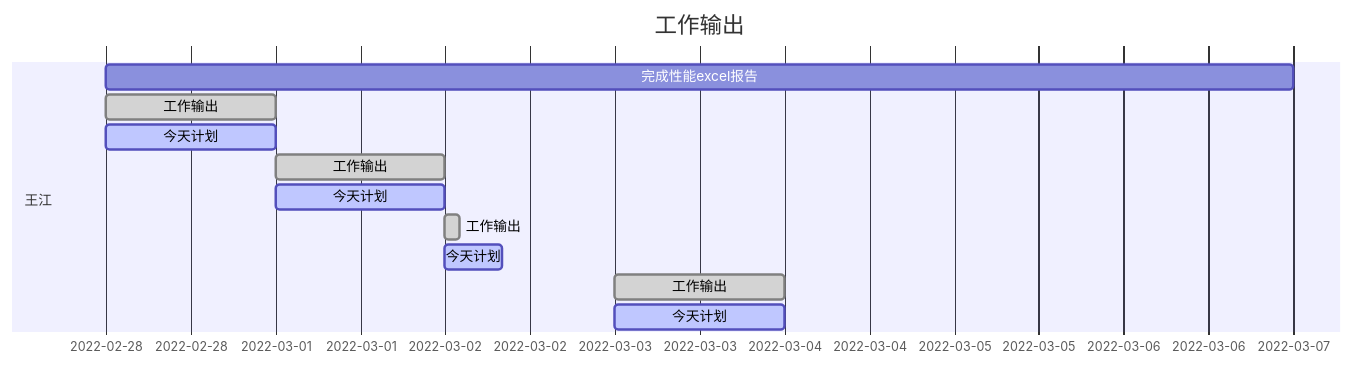
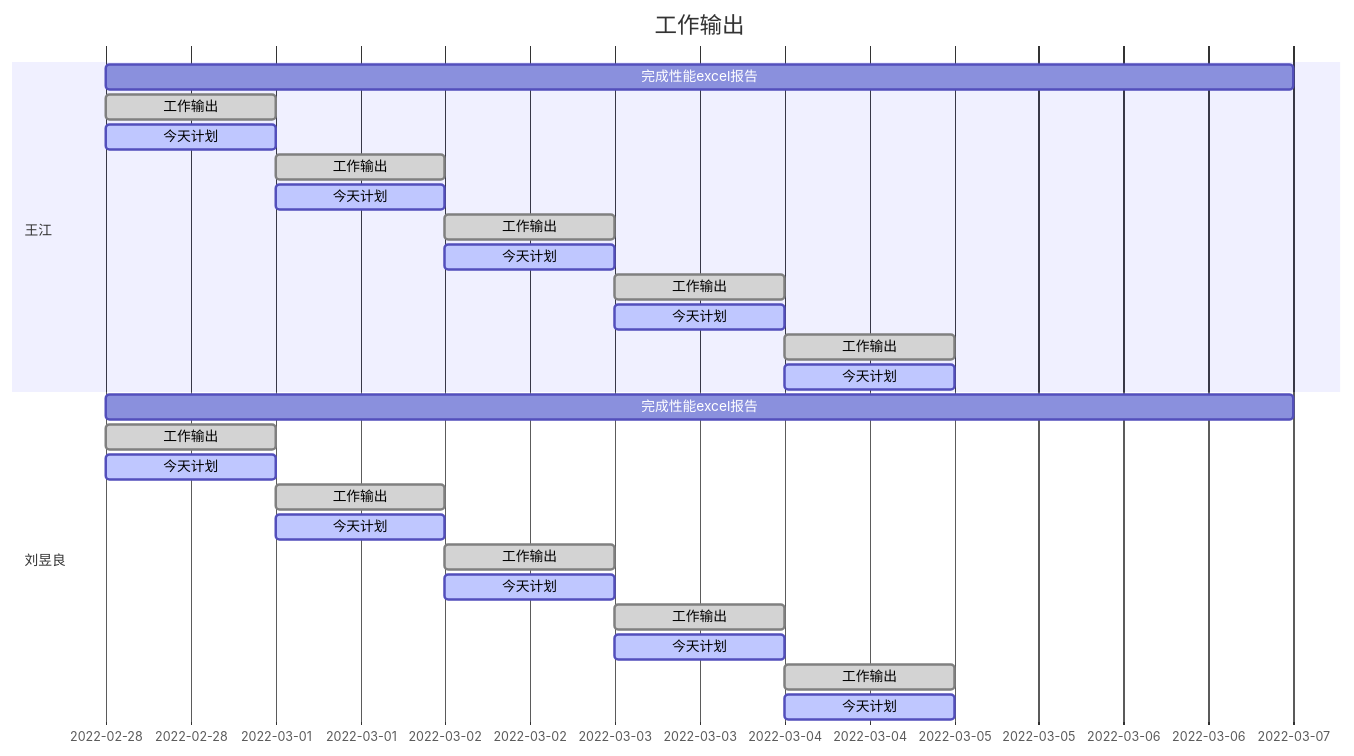
Before and after one commit to DC-Melo/README: the diagram in README.md, drawn with Mermaid.

````diff
--- a/README.md
+++ b/README.md
@@ -73,17 +73,31 @@
 ```mermaid
 gantt
     dateFormat  YYYY-MM-DD
     title 工作输出
 
     section 王江
     完成性能excel报告  : weekplan  , 2022-02-28 , 1w
     工作输出       : done,   monf  , 2022-02-28 , 1d
     今天计划       : active, monp  , 2022-02-28 , 1d
     工作输出       : done,   Tuef  , 2022-03-01 , 1d
     今天计划       : active, Tuep  , 2022-03-01 , 1d
-    工作输出       : done,   Wedf  , 2022-03-02 , 2h
-    今天计划       : active, Wedp  , 2022-03-02 , 8h
+    工作输出       : done,   Wedf  , 2022-03-02 , 1d
+    今天计划       : active, Wedp  , 2022-03-02 , 1d
     工作输出       : done,   Thuf  , 2022-03-03 , 1d
     今天计划       : active, Thup  , 2022-03-03 , 1d
+    工作输出       : done,   Frif  , 2022-03-04 , 1d
+    今天计划       : active, Frip  , 2022-03-04 , 1d
+    section 刘昱良
+    完成性能excel报告  : weekplan  , 2022-02-28 , 1w
+    工作输出       : done,   monf  , 2022-02-28 , 1d
+    今天计划       : active, monp  , 2022-02-28 , 1d
+    工作输出       : done,   Tuef  , 2022-03-01 , 1d
+    今天计划       : active, Tuep  , 2022-03-01 , 1d
+    工作输出       : done,   Wedf  , 2022-03-02 , 1d
+    今天计划       : active, Wedp  , 2022-03-02 , 1d
+    工作输出       : done,   Thuf  , 2022-03-03 , 1d
+    今天计划       : active, Thup  , 2022-03-03 , 1d
+    工作输出       : done,   Frif  , 2022-03-04 , 1d
+    今天计划       : active, Frip  , 2022-03-04 , 1d
 
 ```
````
